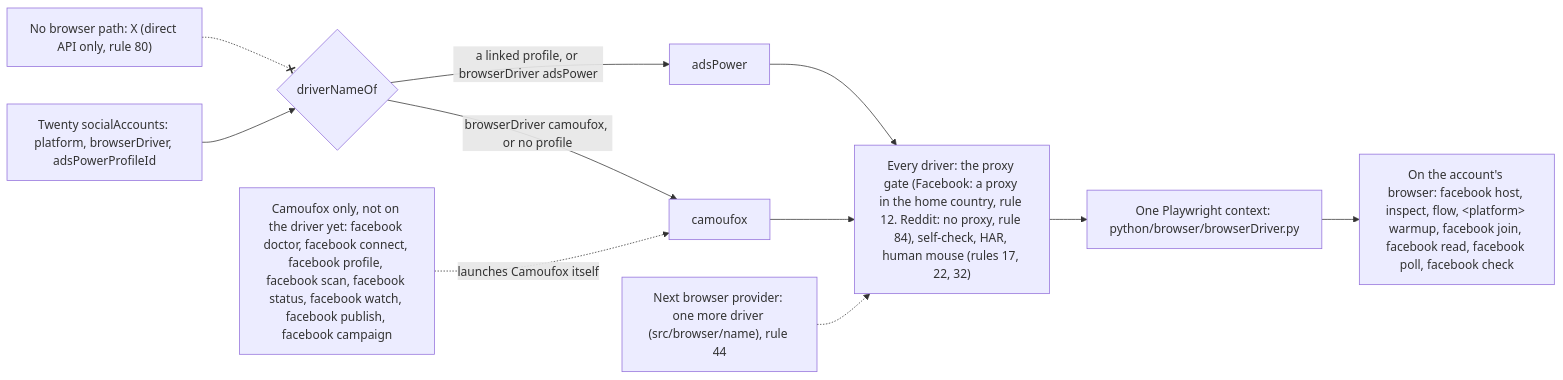
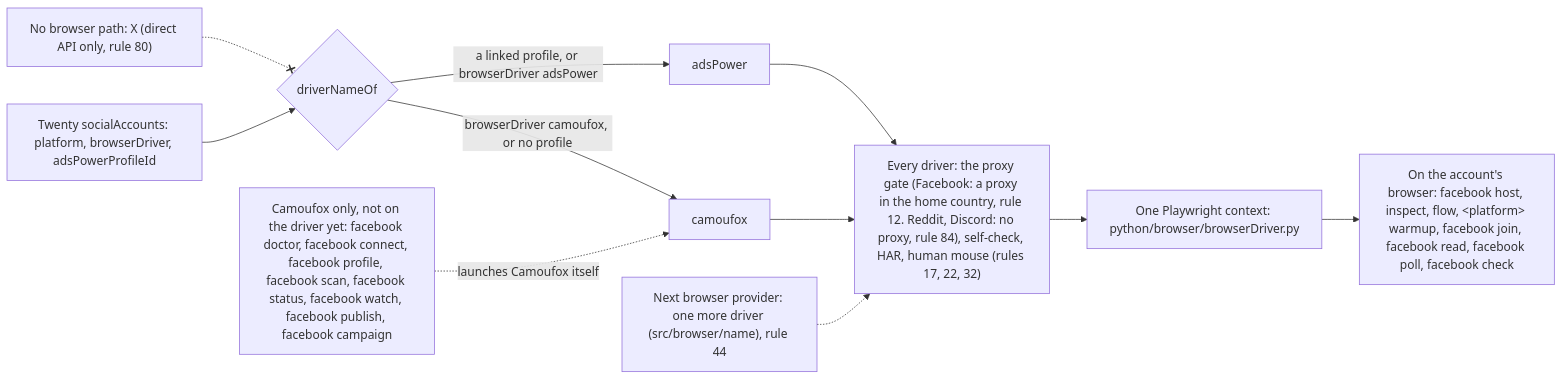
Before and after one commit to matthewdonsemail-lab/log: the second of 6 diagrams in README.md, drawn with Mermaid. The commit also changed other lines of this file and 28 other files, not shown here.

````diff
--- a/README.md
+++ b/README.md
@@ -163,19 +170,19 @@
 ```mermaid
 flowchart LR
   twenty["Twenty socialAccounts: platform, browserDriver, adsPowerProfileId"]
   pick{"driverNameOf"}
-  gates["Every driver: the proxy gate (Facebook: a proxy in the home country, rule 12. Reddit: no proxy, rule 84), self-check, HAR, human mouse (rules 17, 22, 32)"]
+  gates["Every driver: the proxy gate (Facebook: a proxy in the home country, rule 12. Reddit, Discord: no proxy, rule 84), self-check, HAR, human mouse (rules 17, 22, 32)"]
   session["One Playwright context: python/browser/browserDriver.py"]
   twenty --> pick
   pick -->|"browserDriver camoufox, or no profile"| d_camoufox["camoufox"]
   pick -->|"a linked profile, or browserDriver adsPower"| d_adsPower["adsPower"]
   d_camoufox --> gates
   d_adsPower --> gates
   more["Next browser provider: one more driver (src/browser/name), rule 44"] -.-> gates
   gates --> session
   account["On the account's browser: facebook host, inspect, flow, #lt;platform#gt; warmup, facebook join, facebook read, facebook poll, facebook check"]
   camoufox["Camoufox only, not on the driver yet: facebook doctor, facebook connect, facebook profile, facebook scan, facebook status, facebook watch, facebook publish, facebook campaign"]
   session --> account
   camoufox -.->|"launches Camoufox itself"| d_camoufox
   nobrowser["No browser path: X (direct API only, rule 80)"] -.-x pick
 ```
````
